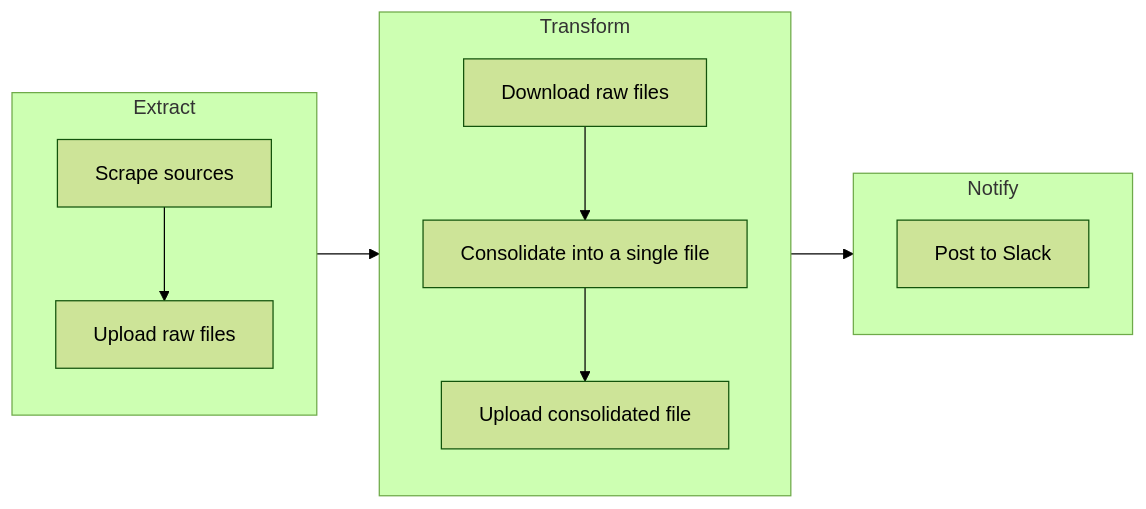
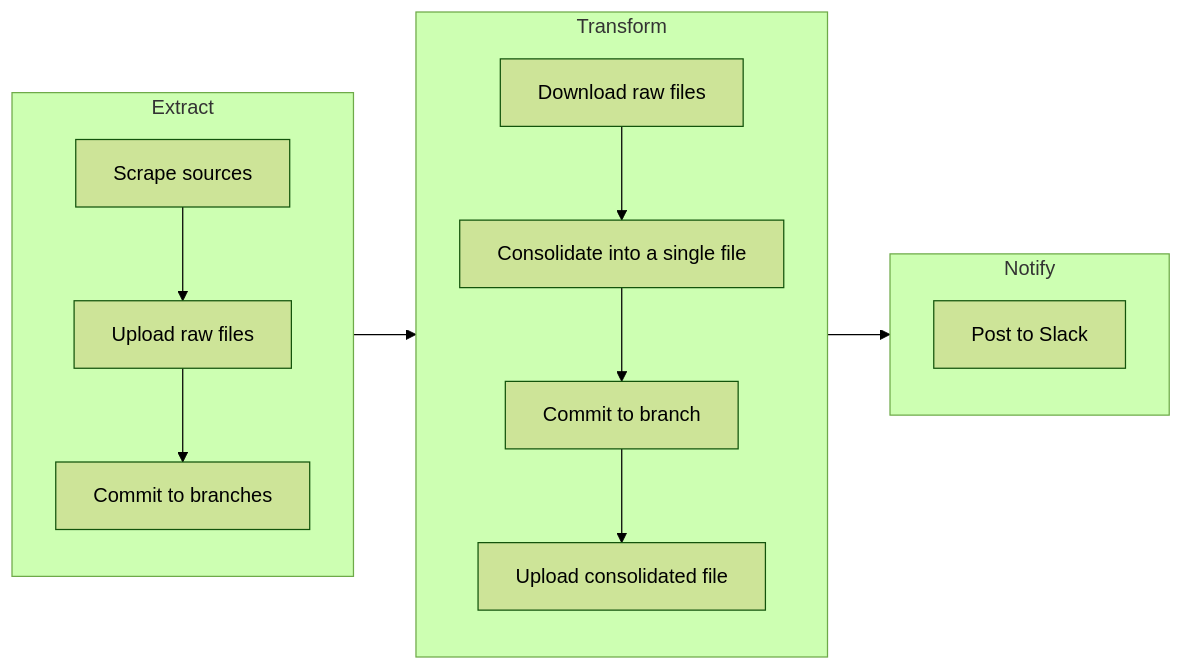
One commit to biglocalnews/warn-github-flow changed the diagram in README.md. Above: the diagram before and after it, drawn with Mermaid (forest theme).

````diff
--- a/README.md
+++ b/README.md
@@ -12,15 +12,17 @@
 ```mermaid
 flowchart LR
     subgraph Extract
     A[Scrape sources] --> B[Upload raw files]
+    B --> C[Commit to branches]
     end
     subgraph Transform
-    C[Download raw files] --> D[Consolidate into a single file]
-    D --> E[Upload consolidated file]
+    D[Download raw files] --> E[Consolidate into a single file]
+    E --> F[Commit to branch]
+    F --> G[Upload consolidated file]
     end
     subgraph Notify
-    F[Post to Slack]
+    H[Post to Slack]
     end
     Extract --> Transform
     Transform --> Notify
 ```
````
